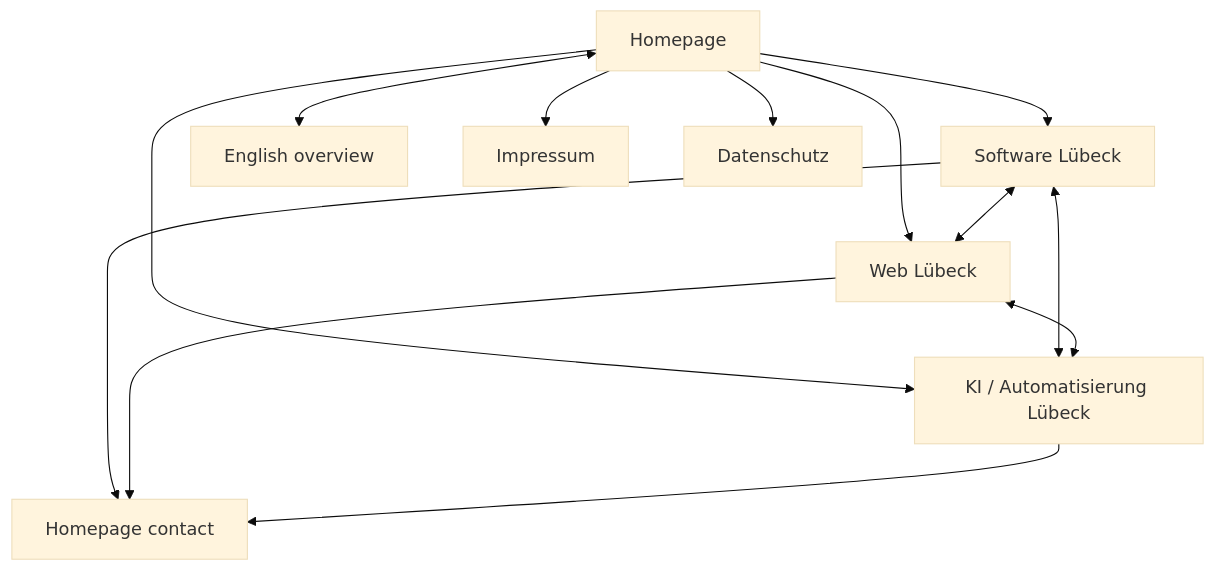
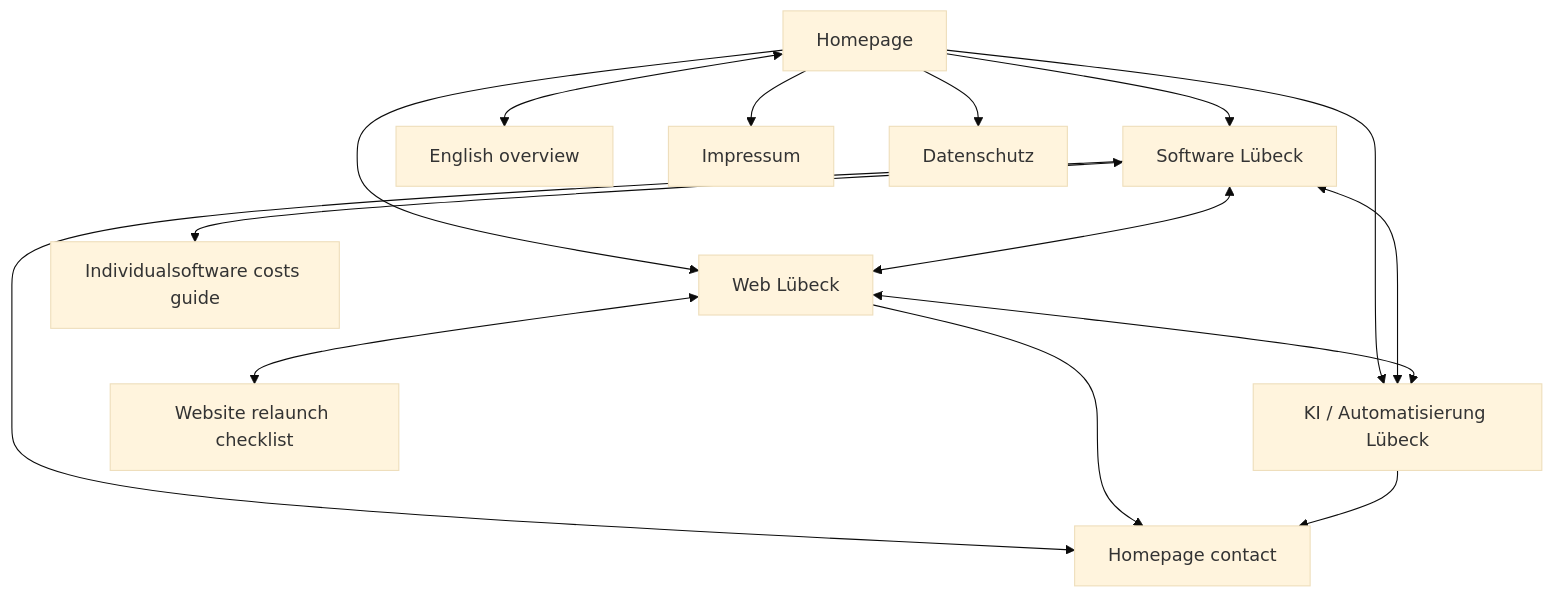
Before and after one commit to DatenpflegeNordHL/datenpflege-nord-production: the diagram in INTERNAL-LINK-GRAPH.md, drawn with Mermaid (base theme). The commit also changed other lines of this file and 15 other files, not shown here.

````diff
--- a/INTERNAL-LINK-GRAPH.md
+++ b/INTERNAL-LINK-GRAPH.md
@@ -6,15 +6,17 @@
 ```mermaid
 graph TD
   H[Homepage] --> S[Software Lübeck]
   H --> W[Web Lübeck]
   H --> A[KI / Automatisierung Lübeck]
   H <--> E[English overview]
   S <--> W
   S <--> A
   W <--> A
   S --> C[Homepage contact]
   W --> C
   A --> C
+  S <--> IS[Individualsoftware costs guide]
+  W <--> RC[Website relaunch checklist]
   H --> I[Impressum]
   H --> D[Datenschutz]
 ```
````
